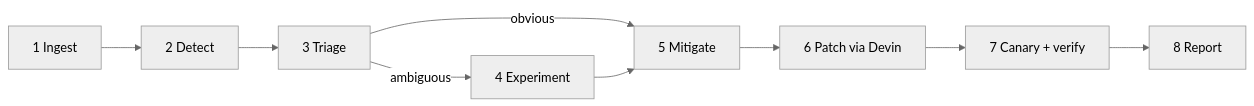
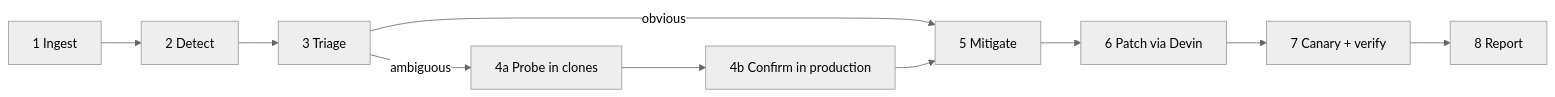
The first of 2 diagrams in PRD.md (Jay-Thpr/HackMIT), drawn with Mermaid (neutral theme) before and after one commit. The commit also changed other lines of this file and 1 other file, not shown here.

````diff
--- a/PRD.md
+++ b/PRD.md
@@ -38,11 +46,12 @@
 ```mermaid
 flowchart LR
   A[1 Ingest] --> B[2 Detect]
   B --> C[3 Triage]
   C -->|obvious| E[5 Mitigate]
-  C -->|ambiguous| D[4 Experiment]
-  D --> E
+  C -->|ambiguous| D1[4a Probe in clones]
+  D1 --> D2[4b Confirm in production]
+  D2 --> E
   E --> F[6 Patch via Devin]
   F --> G[7 Canary + verify]
   G --> H[8 Report]
 ```
````
